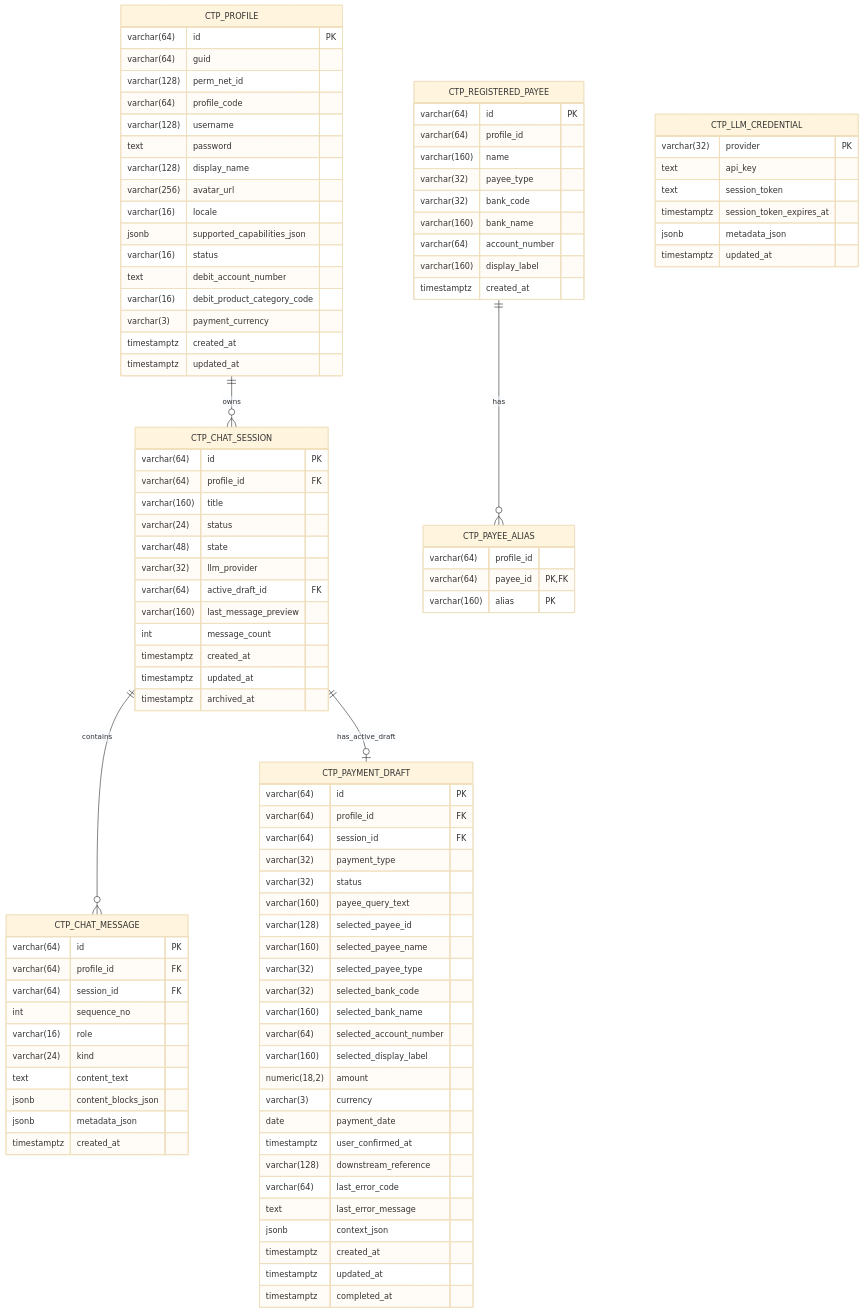
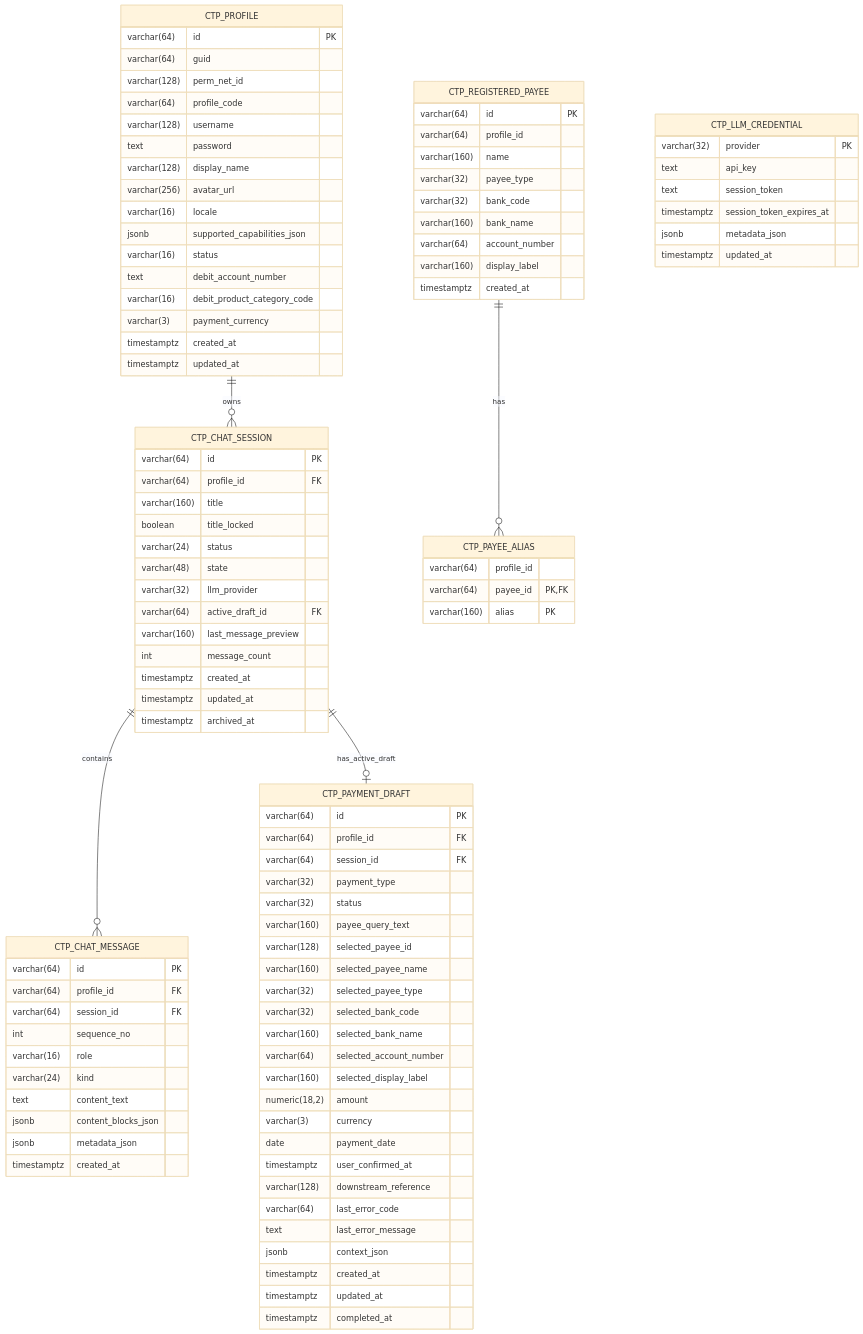
One commit to VictorZhong/chat2pay changed the diagram in docs/03-db_design.md. Above: the diagram before and after it, drawn with Mermaid (base theme). The commit also changed other lines of this file and 51 other files, not shown here.

```diff
--- a/docs/03-db_design.md
+++ b/docs/03-db_design.md
@@ -72,6 +72,7 @@
         varchar(64) id PK
         varchar(64) profile_id FK
         varchar(160) title
+        boolean title_locked
         varchar(24) status
         varchar(48) state
         varchar(32) llm_provider
```
